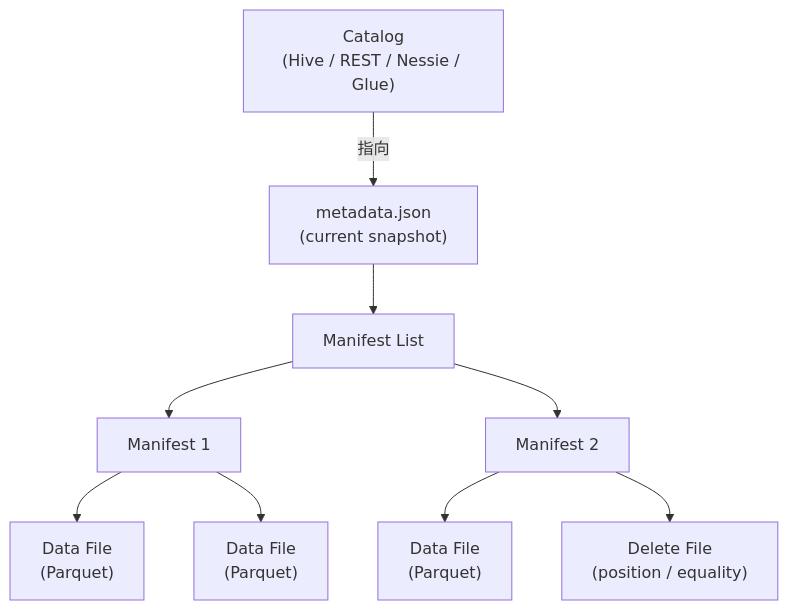
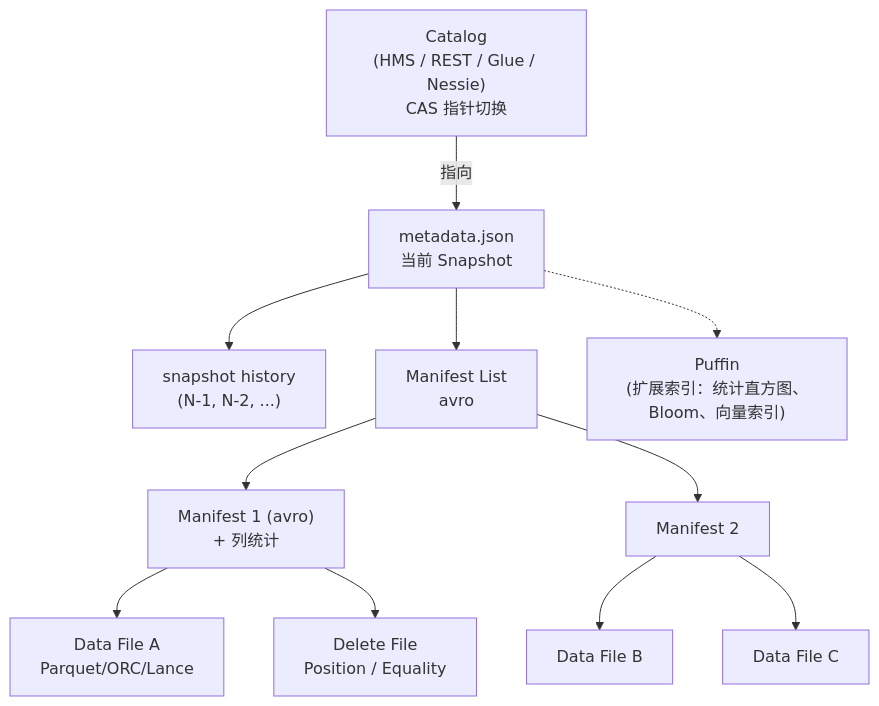
The first of 2 diagrams in docs/lakehouse/iceberg.md (wangyong9999/lakehouse-wiki), drawn with Mermaid before and after one commit. The commit also changed other lines of this file and 3 other files, not shown here.

````diff
--- a/docs/lakehouse/iceberg.md
+++ b/docs/lakehouse/iceberg.md
@@ -29,11 +47,13 @@
 ```mermaid
 flowchart TD
-  catalog["Catalog<br/>(Hive / REST / Nessie / Glue)"] -->|"指向"| meta["metadata.json<br/>(current snapshot)"]
-  meta --> list["Manifest List"]
-  list --> m1["Manifest 1"]
+  catalog["Catalog<br/>(HMS / REST / Glue / Nessie)<br/>CAS 指针切换"] -->|"指向"| meta["metadata.json<br/>当前 Snapshot"]
+  meta --> history["snapshot history<br/>(N-1, N-2, ...)"]
+  meta --> list["Manifest List<br/>avro"]
+  list --> m1["Manifest 1 (avro)<br/>+ 列统计"]
   list --> m2["Manifest 2"]
-  m1 --> d1["Data File<br/>(Parquet)"]
-  m1 --> d2["Data File<br/>(Parquet)"]
-  m2 --> d3["Data File<br/>(Parquet)"]
-  m2 --> del["Delete File<br/>(position / equality)"]
+  m1 --> d1["Data File A<br/>Parquet/ORC/Lance"]
+  m1 --> del["Delete File<br/>Position / Equality"]
+  m2 --> d2["Data File B"]
+  m2 --> d3["Data File C"]
+  meta -.-> puffin["Puffin<br/>(扩展索引：统计直方图、Bloom、向量索引)"]
 ```
````
